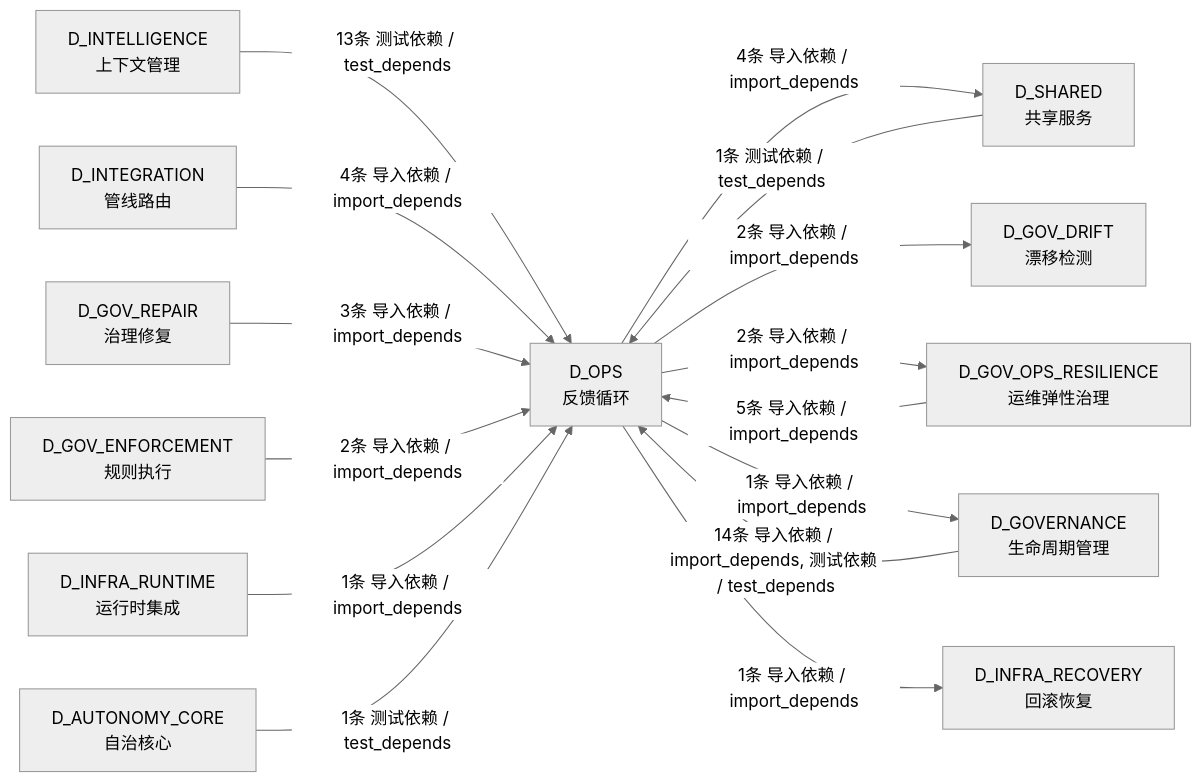
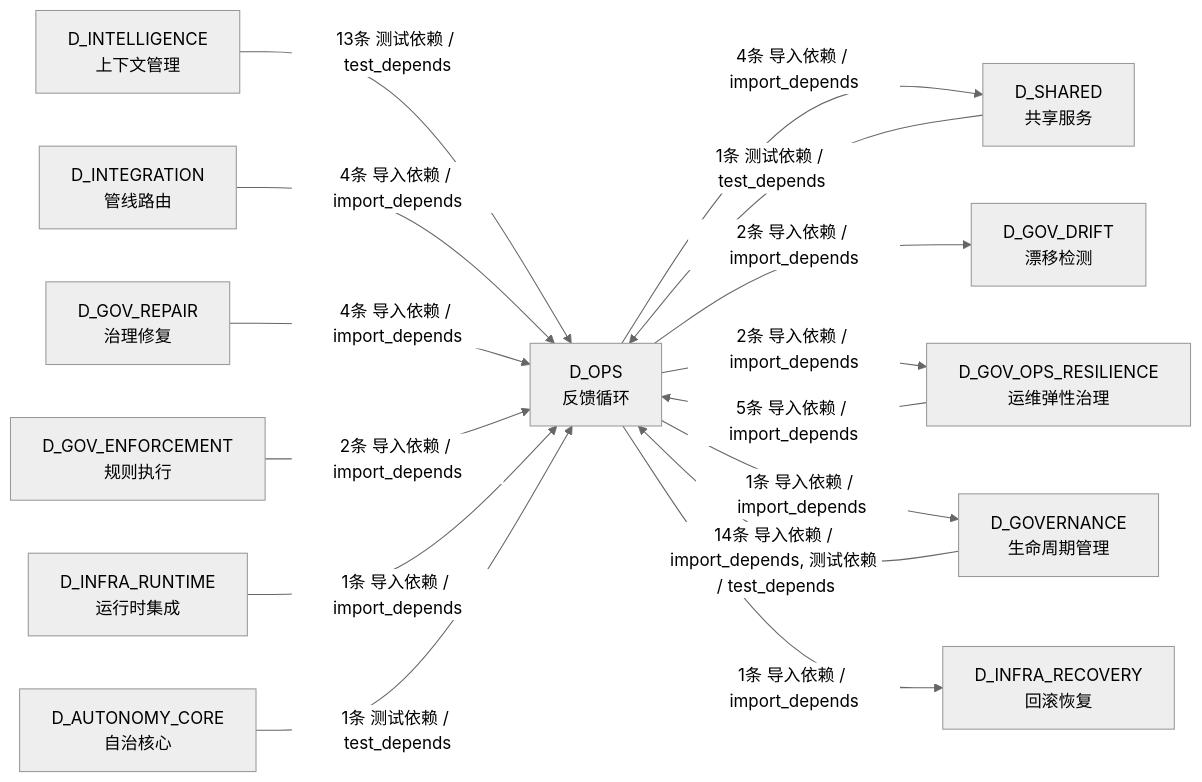
Before and after one commit to xuanFelixVan/ZephyrAlpha: the fourth of 4 diagrams in docs/02_enterprise_architecture/02_domain_architecture_docs/21_d_ops.md, drawn with Mermaid (neutral theme). The commit also changed other lines of this file and 124 other files, not shown here.

````diff
--- a/docs/02_enterprise_architecture/02_domain_architecture_docs/21_d_ops.md
+++ b/docs/02_enterprise_architecture/02_domain_architecture_docs/21_d_ops.md
@@ -279,29 +281,29 @@
 ```mermaid
 graph LR
     D_OPS["D_OPS<br/>反馈循环"]
     D_SHARED["D_SHARED<br/>共享服务"]
     D_GOV_DRIFT["D_GOV_DRIFT<br/>漂移检测"]
     D_GOV_OPS_RESILIENCE["D_GOV_OPS_RESILIENCE<br/>运维弹性治理"]
     D_GOVERNANCE["D_GOVERNANCE<br/>生命周期管理"]
     D_INFRA_RECOVERY["D_INFRA_RECOVERY<br/>回滚恢复"]
     D_INTELLIGENCE["D_INTELLIGENCE<br/>上下文管理"]
     D_INTEGRATION["D_INTEGRATION<br/>管线路由"]
     D_GOV_REPAIR["D_GOV_REPAIR<br/>治理修复"]
     D_GOV_ENFORCEMENT["D_GOV_ENFORCEMENT<br/>规则执行"]
     D_INFRA_RUNTIME["D_INFRA_RUNTIME<br/>运行时集成"]
     D_AUTONOMY_CORE["D_AUTONOMY_CORE<br/>自治核心"]
     D_OPS -->|4条 导入依赖 / import_depends| D_SHARED
     D_OPS -->|2条 导入依赖 / import_depends| D_GOV_DRIFT
     D_OPS -->|2条 导入依赖 / import_depends| D_GOV_OPS_RESILIENCE
     D_OPS -->|1条 导入依赖 / import_depends| D_GOVERNANCE
     D_OPS -->|1条 导入依赖 / import_depends| D_INFRA_RECOVERY
     D_GOVERNANCE -->|14条 导入依赖 / import_depends, 测试依赖 / test_depends| D_OPS
     D_INTELLIGENCE -->|13条 测试依赖 / test_depends| D_OPS
     D_GOV_OPS_RESILIENCE -->|5条 导入依赖 / import_depends| D_OPS
     D_INTEGRATION -->|4条 导入依赖 / import_depends| D_OPS
-    D_GOV_REPAIR -->|3条 导入依赖 / import_depends| D_OPS
+    D_GOV_REPAIR -->|4条 导入依赖 / import_depends| D_OPS
     D_GOV_ENFORCEMENT -->|2条 导入依赖 / import_depends| D_OPS
     D_SHARED -->|1条 测试依赖 / test_depends| D_OPS
     D_INFRA_RUNTIME -->|1条 导入依赖 / import_depends| D_OPS
     D_AUTONOMY_CORE -->|1条 测试依赖 / test_depends| D_OPS
 ```
````
